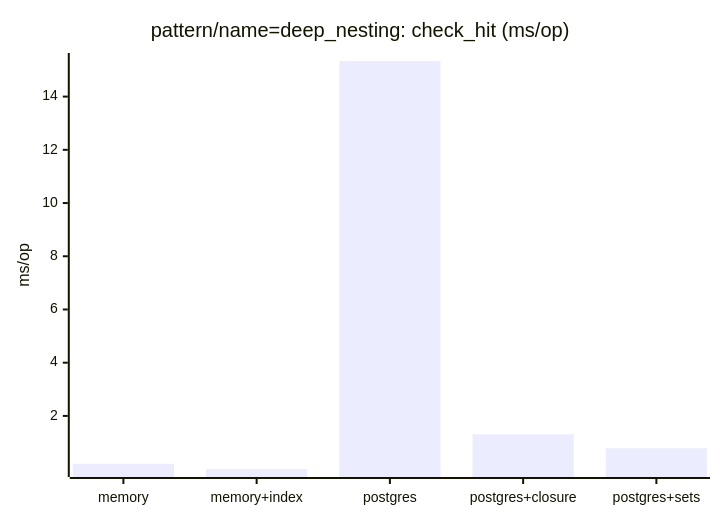
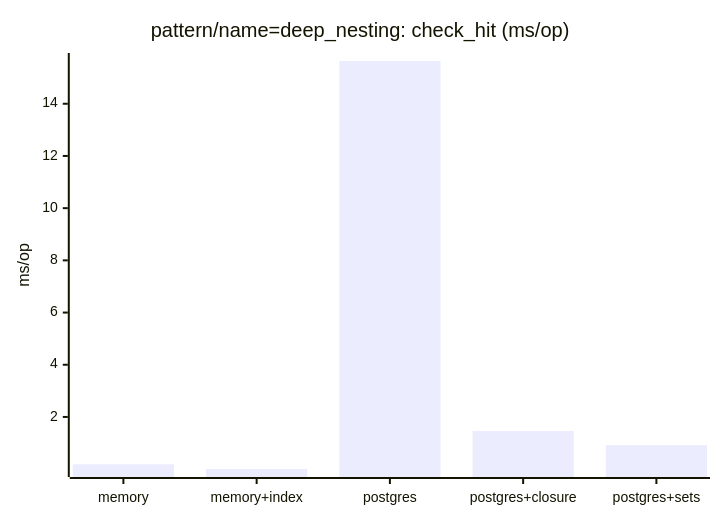
The third of 31 diagrams in compare/compare.md (matick-io/authz), drawn with Mermaid before and after one commit. The commit also changed other lines of this file and 2 other files, not shown here.

````diff
--- a/compare/compare.md
+++ b/compare/compare.md
@@ -66,7 +66,7 @@
 ```mermaid
 xychart-beta
     title "pattern/name=deep_nesting: check_hit (ms/op)"
     x-axis ["memory", "memory+index", "postgres", "postgres+closure", "postgres+sets"]
     y-axis "ms/op"
-    bar [0.200, 0.005, 15.338, 1.310, 0.786]
+    bar [0.187, 0.006, 15.638, 1.462, 0.921]
 ```
````
